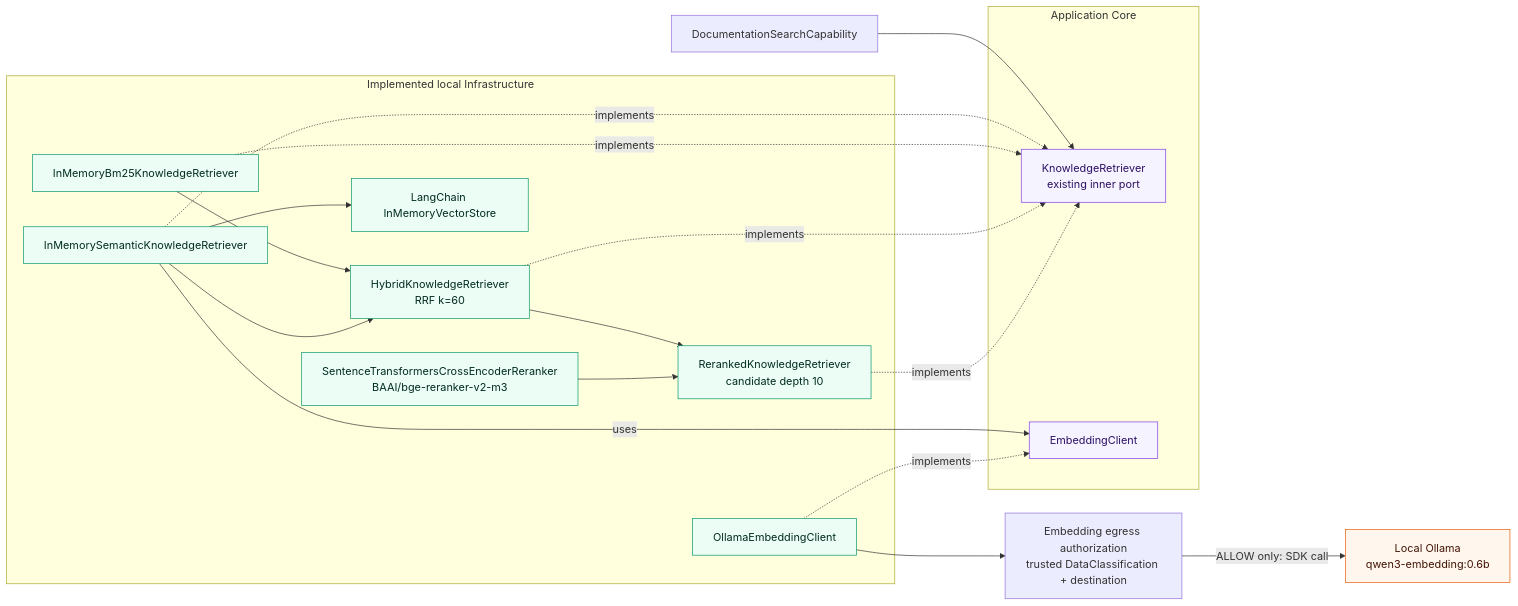
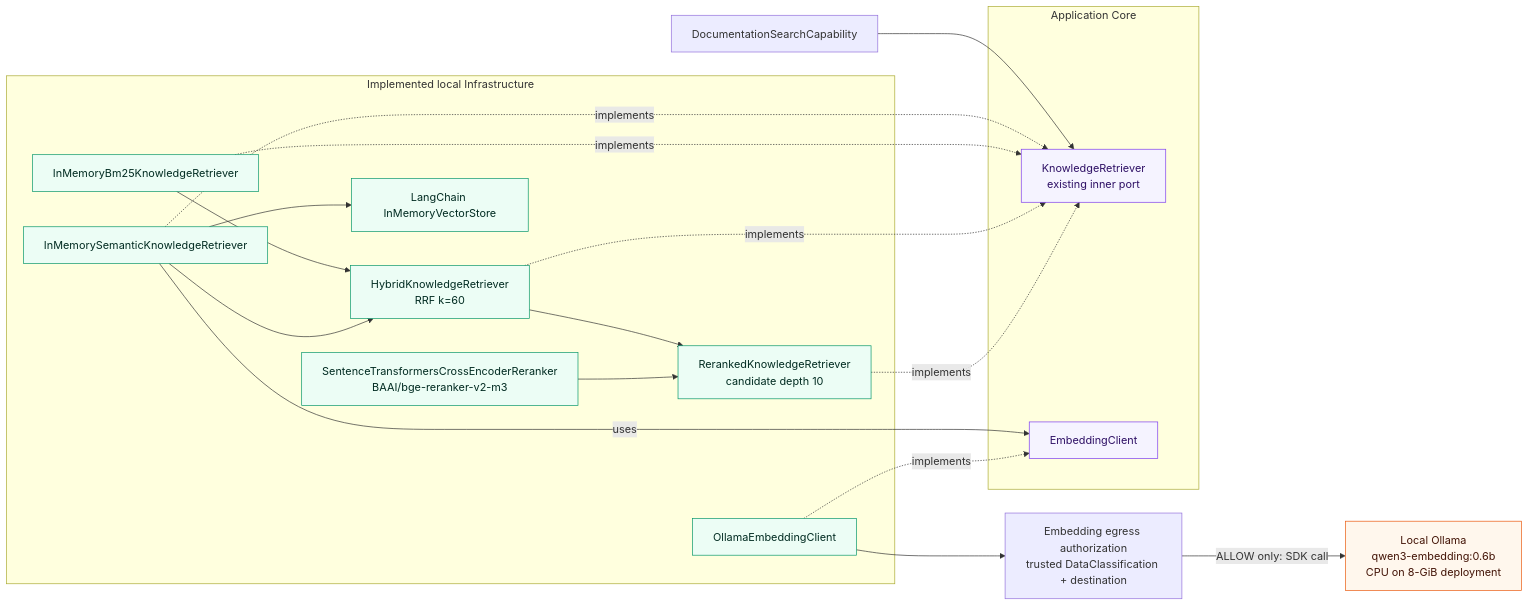
Diagram 24 of 27 in docs/architecture/overview.md (aboerzel/industrial-ai-agent), drawn with Mermaid before and after one commit. The commit also changed other lines of this file and 7 other files, not shown here.

First line of the commit message:
fix(local-ai): run embeddings on CPU to avoid GPU co-residency pressure

````diff
--- a/docs/architecture/overview.md
+++ b/docs/architecture/overview.md
@@ -1455,40 +1460,40 @@
 ```mermaid
 flowchart LR
     Capability["DocumentationSearchCapability"] --> KnowledgePort["KnowledgeRetriever<br/>existing inner port"]
 
     subgraph Core["Application Core"]
         KnowledgePort
         EmbeddingPort["EmbeddingClient"]
     end
 
     subgraph Infrastructure["Implemented local Infrastructure"]
         Bm25["InMemoryBm25KnowledgeRetriever"]
         Semantic["InMemorySemanticKnowledgeRetriever"]
         Hybrid["HybridKnowledgeRetriever<br/>RRF k=60"]
         Reranked["RerankedKnowledgeRetriever<br/>candidate depth 10"]
         Reranker["SentenceTransformersCrossEncoderReranker<br/>BAAI/bge-reranker-v2-m3"]
         Adapter["OllamaEmbeddingClient"]
         Index["LangChain InMemoryVectorStore"]
     end
 
     Semantic -.->|"implements"| KnowledgePort
     Bm25 -.->|"implements"| KnowledgePort
     Hybrid -.->|"implements"| KnowledgePort
     Reranked -.->|"implements"| KnowledgePort
     Semantic -->|"uses"| EmbeddingPort
     Adapter -.->|"implements"| EmbeddingPort
     Semantic --> Index
     Bm25 --> Hybrid
     Semantic --> Hybrid
     Hybrid --> Reranked
     Reranker --> Reranked
     Adapter --> Guard["Embedding egress authorization<br/>trusted DataClassification + destination"]
-    Guard -->|"ALLOW only: SDK call"| Model["Local Ollama<br/>qwen3-embedding:0.6b"]
+    Guard -->|"ALLOW only: SDK call"| Model["Local Ollama<br/>qwen3-embedding:0.6b<br/>CPU on 8-GiB deployment"]
 
     classDef core fill:#f5f3ff,stroke:#7c3aed,color:#2e1065
     classDef adapter fill:#ecfdf5,stroke:#059669,color:#022c22
     classDef external fill:#fff7ed,stroke:#ea580c,color:#431407
     class KnowledgePort,EmbeddingPort core
     class Bm25,Semantic,Hybrid,Reranked,Reranker,Adapter,Index adapter
     class Model external
 ```
````
